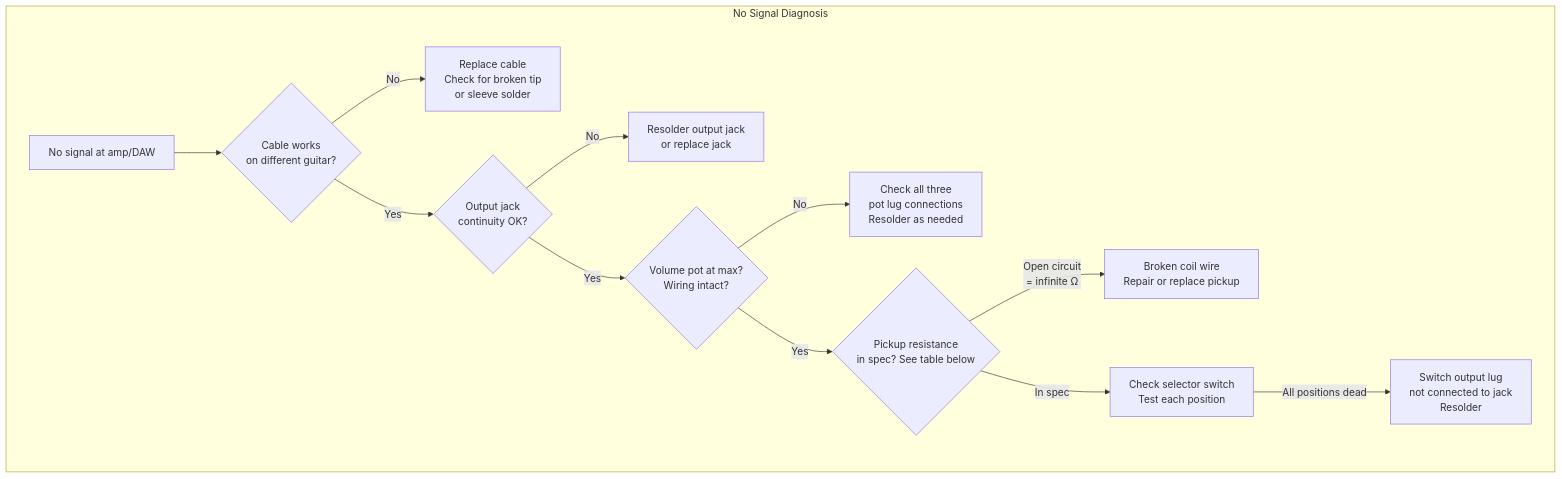
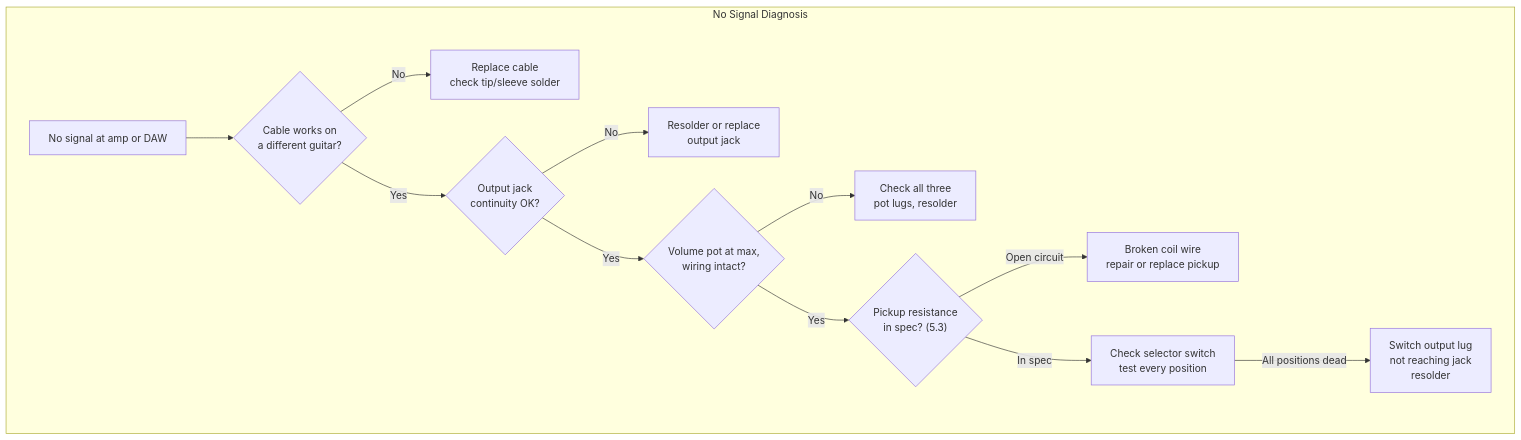
One commit to blebleblee/synapse changed the fourth of 5 diagrams in topics/arts/music_performance/electric_guitar/labs.md. Above: the diagram before and after it, drawn with Mermaid. The commit also changed other lines of this file and 3 other files, not shown here.

````diff
--- a/topics/arts/music_performance/electric_guitar/labs.md
+++ b/topics/arts/music_performance/electric_guitar/labs.md
@@ -697,15 +525,15 @@
 ```mermaid
 graph TD
     subgraph sub_nosig ["No Signal Diagnosis"]
-        A["No signal at amp/DAW"] --> B{"Cable works\non different guitar?"}
-        B -->|"No"| C["Replace cable\nCheck for broken tip\nor sleeve solder"]
-        B -->|"Yes"| D{"Output jack\ncontinuity OK?"}
-        D -->|"No"| E["Resolder output jack\nor replace jack"]
-        D -->|"Yes"| F{"Volume pot at max?\nWiring intact?"}
-        F -->|"No"| G["Check all three\npot lug connections\nResolder as needed"]
-        F -->|"Yes"| H{"Pickup resistance\nin spec? See table below"}
-        H -->|"Open circuit\n= infinite Ω"| I["Broken coil wire\nRepair or replace pickup"]
-        H -->|"In spec"| J["Check selector switch\nTest each position"]
-        J -->|"All positions dead"| K["Switch output lug\nnot connected to jack\nResolder"]
+        A["No signal at amp or DAW"] --> B{"Cable works on<br/>a different guitar?"}
+        B -->|"No"| C["Replace cable<br/>check tip/sleeve solder"]
+        B -->|"Yes"| D{"Output jack<br/>continuity OK?"}
+        D -->|"No"| E["Resolder or replace<br/>output jack"]
+        D -->|"Yes"| F{"Volume pot at max,<br/>wiring intact?"}
+        F -->|"No"| G["Check all three<br/>pot lugs, resolder"]
+        F -->|"Yes"| H{"Pickup resistance<br/>in spec? (5.3)"}
+        H -->|"Open circuit"| I["Broken coil wire<br/>repair or replace pickup"]
+        H -->|"In spec"| J["Check selector switch<br/>test every position"]
+        J -->|"All positions dead"| K["Switch output lug<br/>not reaching jack<br/>resolder"]
     end
 ```
````
